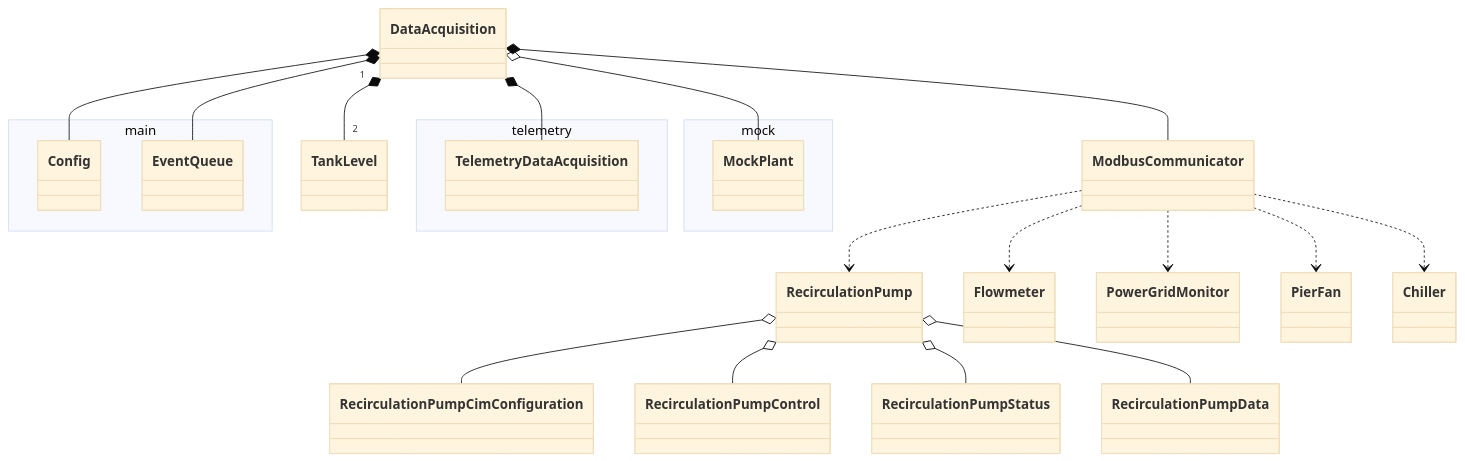
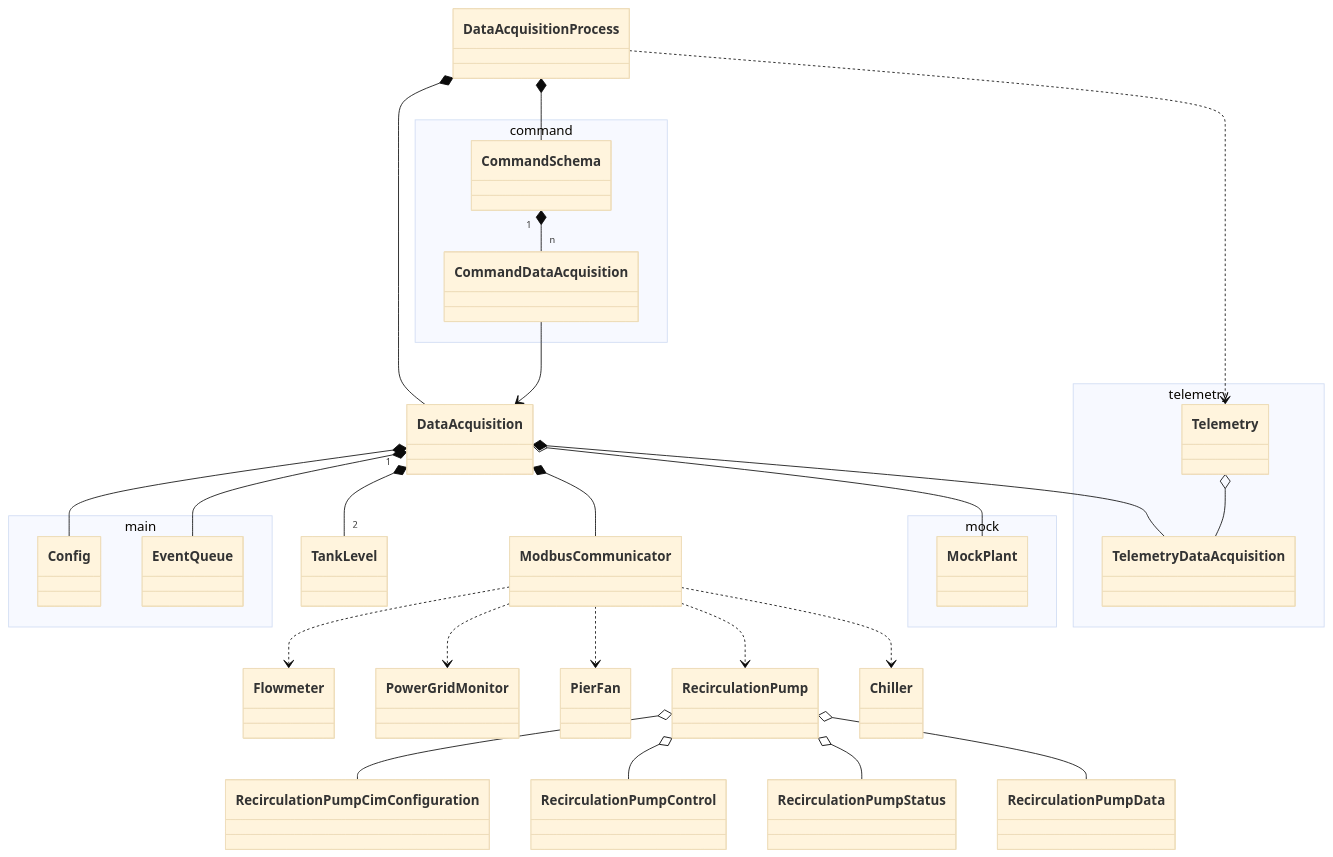
Before and after one commit to lsst-ts/ts_dynalene: the second of 6 diagrams in doc/class_diagram.md, drawn with Mermaid (base theme). The commit also changed other lines of this file, not shown here.

````diff
--- a/doc/class_diagram.md
+++ b/doc/class_diagram.md
@@ -22,34 +24,50 @@
 ```mermaid
 classDiagram
 
 namespace main {
   class Config
   class EventQueue
 }
 
 namespace telemetry {
+  class Telemetry
   class TelemetryDataAcquisition
 }
 
+Telemetry o-- TelemetryDataAcquisition
+
 namespace mock {
   class MockPlant
+}
+
+namespace command {
+  class CommandSchema
+  class CommandDataAcquisition
 }
 
 RecirculationPump o-- RecirculationPumpCimConfiguration
 RecirculationPump o-- RecirculationPumpControl
 RecirculationPump o-- RecirculationPumpStatus
 RecirculationPump o-- RecirculationPumpData
 
 ModbusCommunicator ..> Flowmeter
 ModbusCommunicator ..> PowerGridMonitor
 ModbusCommunicator ..> PierFan
 ModbusCommunicator ..> RecirculationPump
 ModbusCommunicator ..> Chiller
 
 DataAcquisition *-- Config
 DataAcquisition *-- EventQueue
 DataAcquisition *-- TelemetryDataAcquisition
 DataAcquisition "1" *-- "2" TankLevel
 DataAcquisition *-- ModbusCommunicator
 DataAcquisition o-- MockPlant
+
+CommandSchema "1" *-- "n" CommandDataAcquisition
+
+CommandDataAcquisition --> DataAcquisition
+
+DataAcquisitionProcess *-- DataAcquisition
+DataAcquisitionProcess *-- CommandSchema
+DataAcquisitionProcess ..> Telemetry
 ```
````
